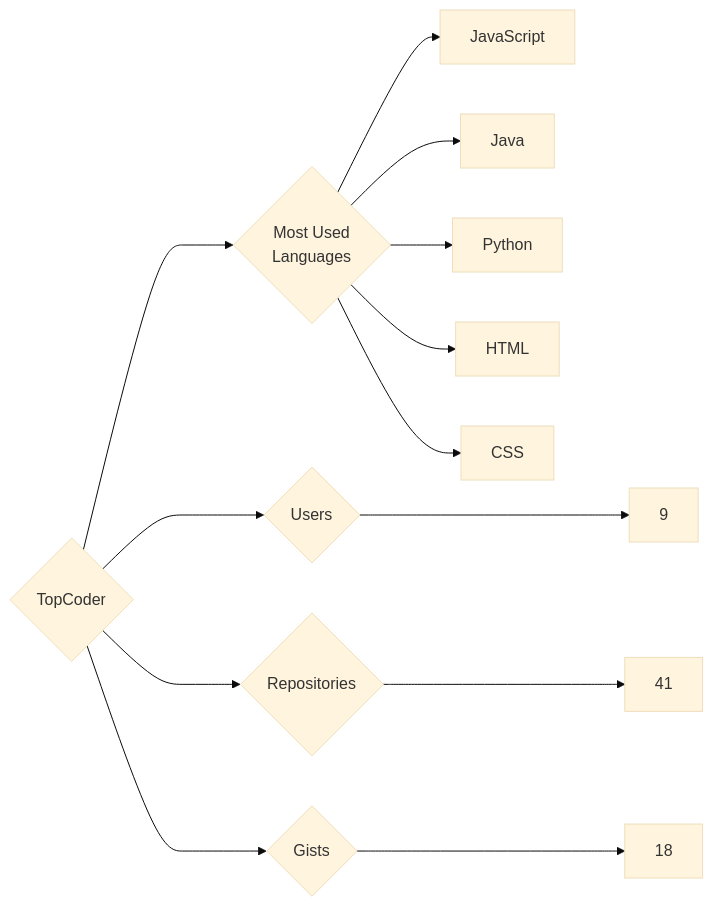
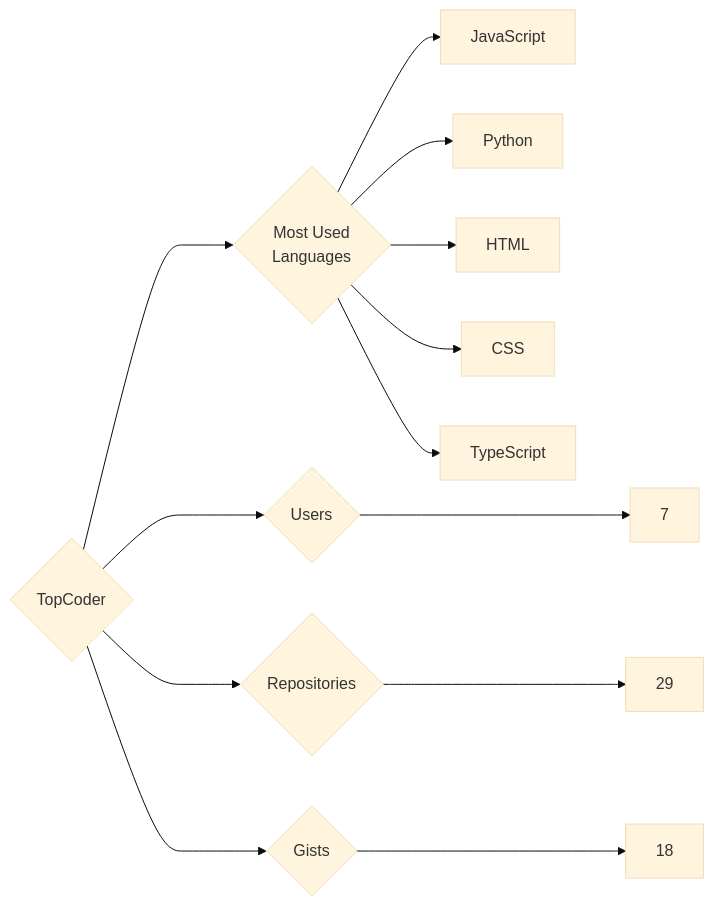
The diagram in targets/TopCoder/README.md (trickest/insiders), drawn with Mermaid (base theme) before and after one commit. The commit also changed 964 other files, not shown here.

````diff
--- a/targets/TopCoder/README.md
+++ b/targets/TopCoder/README.md
@@ -3,13 +3,13 @@
 ```mermaid
 graph LR
 COMPANY_NAME{TopCoder}
-COMPANY_NAME ---> U{Users} ---> UN[9]
-COMPANY_NAME ---> R{Repositories} ---> RN[41]
+COMPANY_NAME ---> U{Users} ---> UN[7]
+COMPANY_NAME ---> R{Repositories} ---> RN[29]
 COMPANY_NAME ---> G{Gists} ---> GN[18]
 COMPANY_NAME ---> ML{Most Used<br>Languages}
 ML --> JavaScript[JavaScript]
-ML --> Java[Java]
 ML --> Python[Python]
 ML --> HTML[HTML]
 ML --> CSS[CSS]
+ML --> TypeScript[TypeScript]
 ```
````
